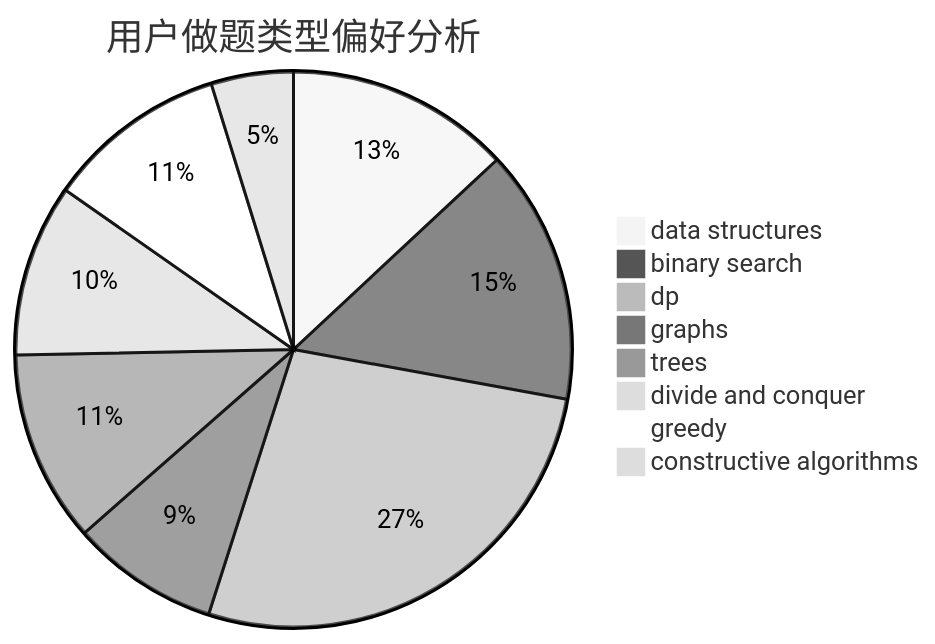
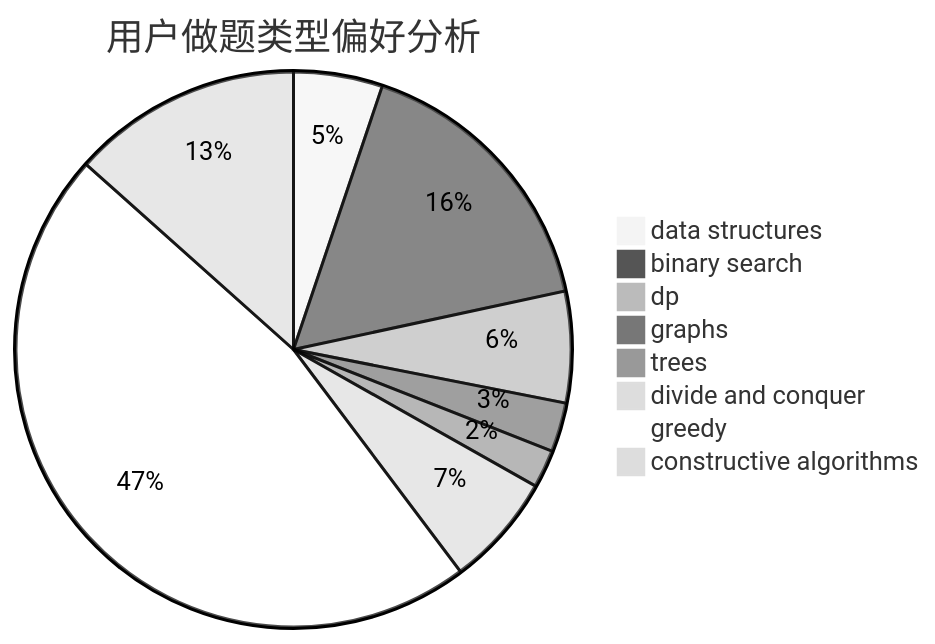
Before and after one commit to sherpahu/cfrs.github.io: the second of 3 diagrams in docs/user/u350.md, drawn with Mermaid (neutral theme). The commit also changed other lines of this file and 2770 other files, not shown here.

````diff
--- a/docs/user/u350.md
+++ b/docs/user/u350.md
@@ -23,11 +23,11 @@
 ```mermaid
 pie title 用户做题类型偏好分析
-    "data structures" :  82
-    "binary search" :  93
-    "dp" :  170
-    "graphs" :  54
-    "trees" :  70
-    "divide and conquer" :  63
-    "greedy" :  66
-    "constructive algorithms" :  30
+    "data structures" :  56
+    "binary search" :  178
+    "dp" :  70
+    "graphs" :  31
+    "trees" :  24
+    "divide and conquer" :  71
+    "greedy" :  507
+    "constructive algorithms" :  145
 ```
````
